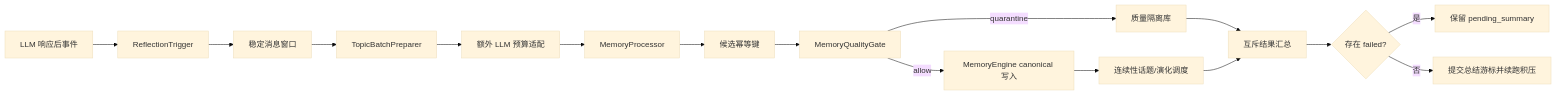
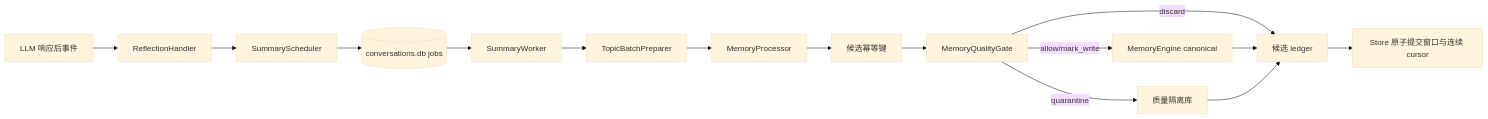
The diagram in core/features/reflection/AGENTS.md (INSide-734/astrbot_plugin_memora), drawn with Mermaid (base theme) before and after one commit. The commit also changed other lines of this file and 44 other files, not shown here.

Commit message:
feat: complete parallel memory summary scheduling

````diff
--- a/core/features/reflection/AGENTS.md
+++ b/core/features/reflection/AGENTS.md
@@ -22,18 +21,17 @@
 ```mermaid
 flowchart LR
-    A[LLM 响应后事件] --> B[ReflectionTrigger]
-    B --> C[稳定消息窗口]
-    C --> D[TopicBatchPreparer]
-    D --> E[额外 LLM 预算适配]
-    E --> F[MemoryProcessor]
-    F --> G[候选幂等键]
-    G --> H[MemoryQualityGate]
-    H -->|allow| I[MemoryEngine canonical 写入]
-    H -->|quarantine| J[质量隔离库]
-    I --> K[连续性话题/演化调度]
-    J --> L[互斥结果汇总]
+    A[LLM 响应后事件] --> B[ReflectionHandler]
+    B --> C[SummaryScheduler]
+    C --> D[(conversations.db jobs)]
+    D --> E[SummaryWorker]
+    E --> F[TopicBatchPreparer]
+    F --> G[MemoryProcessor]
+    G --> H[候选幂等键]
+    H --> I[MemoryQualityGate]
+    I -->|allow/mark_write| J[MemoryEngine canonical]
+    I -->|quarantine| K[质量隔离库]
+    I -->|discard| L[候选 ledger]
+    J --> L
     K --> L
-    L --> M{存在 failed?}
-    M -->|是| N[保留 pending_summary]
-    M -->|否| O[提交总结游标并续跑积压]
+    L --> M[Store 原子提交窗口与连续 cursor]
 ```
````
